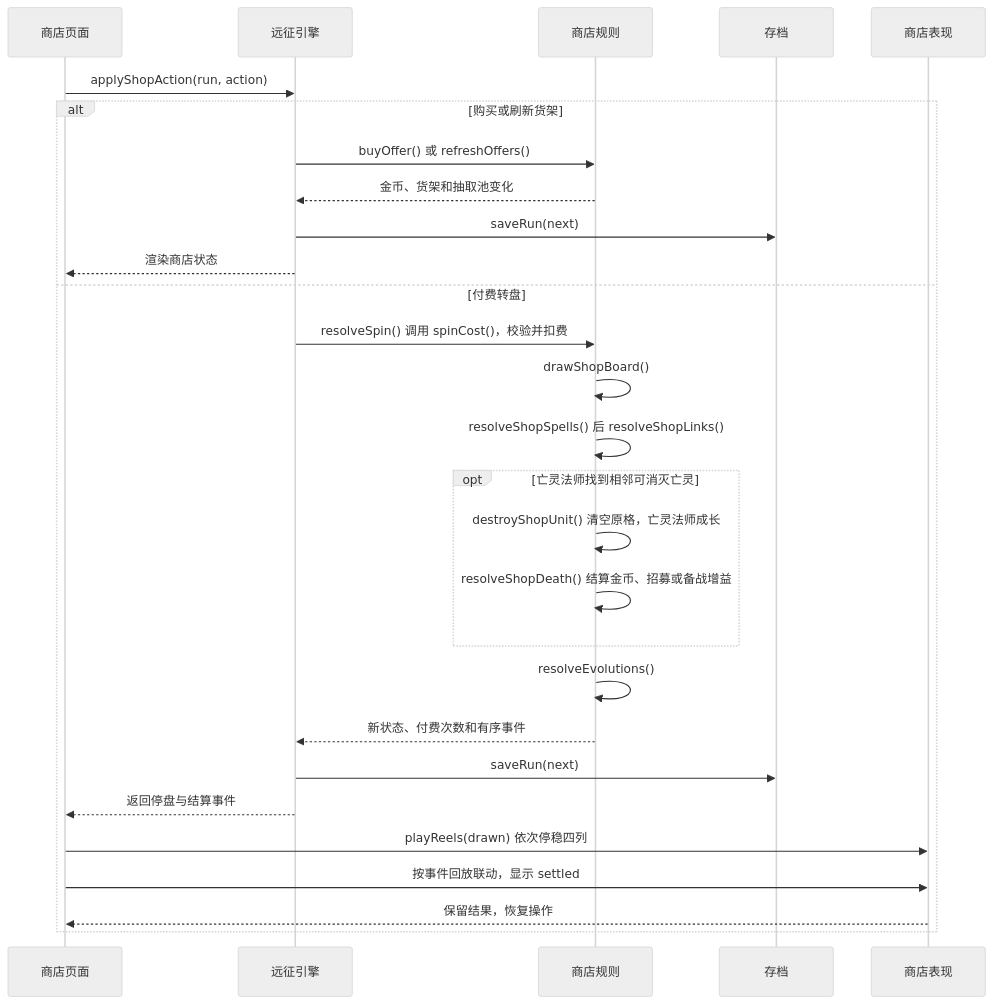
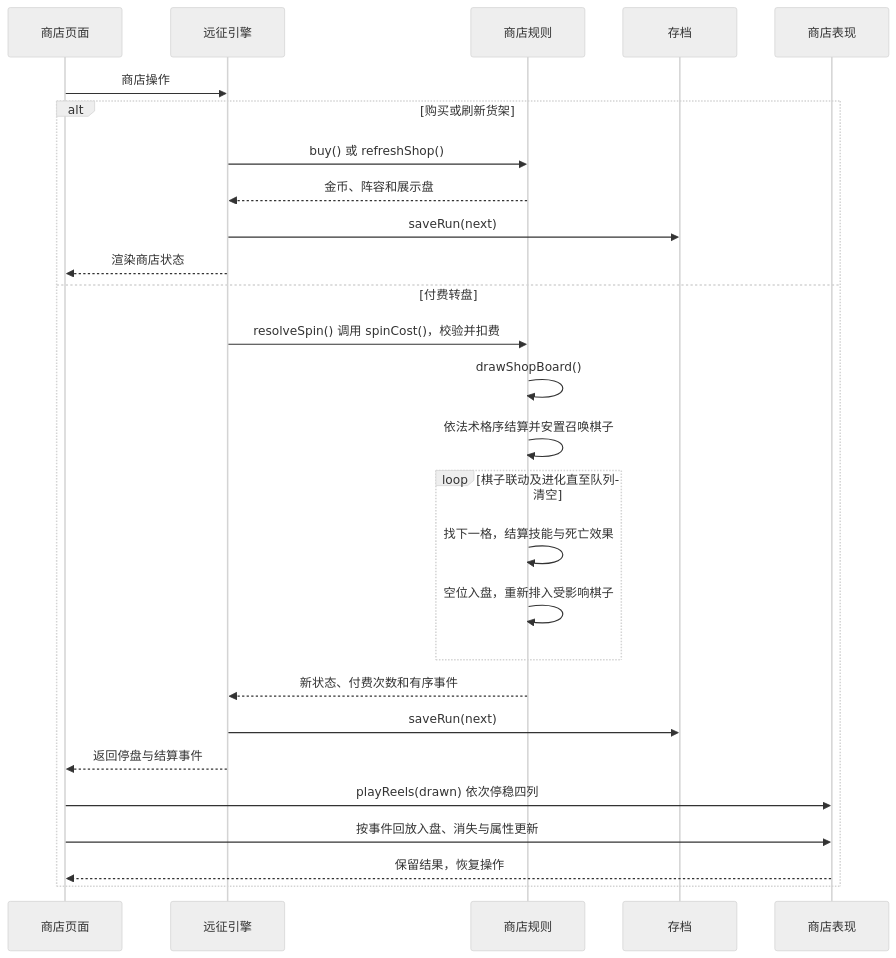
The first of 2 diagrams in docs/ROLLBOUND-商店轮盘改造方案.md (saiqi1999/ROLLBOUND), drawn with Mermaid (neutral theme) before and after one commit. The commit also changed other lines of this file and 11 other files, not shown here.

Commit message:
Show recruited units and resolve shop wheel chains

````diff
--- a/docs/ROLLBOUND-商店轮盘改造方案.md
+++ b/docs/ROLLBOUND-商店轮盘改造方案.md
@@ -167,30 +171,29 @@
 ```mermaid
 sequenceDiagram
     participant U as 商店页面
     participant E as 远征引擎
     participant R as 商店规则
     participant S as 存档
     participant P as 商店表现
-    U->>E: applyShopAction(run, action)
+    U->>E: 商店操作
     alt 购买或刷新货架
-        E->>R: buyOffer() 或 refreshOffers()
-        R-->>E: 金币、货架和抽取池变化
+        E->>R: buy() 或 refreshShop()
+        R-->>E: 金币、阵容和展示盘
         E->>S: saveRun(next)
         E-->>U: 渲染商店状态
     else 付费转盘
         E->>R: resolveSpin() 调用 spinCost()，校验并扣费
         R->>R: drawShopBoard()
-        R->>R: resolveShopSpells() 后 resolveShopLinks()
-        opt 亡灵法师找到相邻可消灭亡灵
-            R->>R: destroyShopUnit() 清空原格，亡灵法师成长
-            R->>R: resolveShopDeath() 结算金币、招募或备战增益
+        R->>R: 依法术格序结算并安置召唤棋子
+        loop 棋子联动及进化直至队列清空
+            R->>R: 找下一格，结算技能与死亡效果
+            R->>R: 空位入盘，重新排入受影响棋子
         end
-        R->>R: resolveEvolutions()
         R-->>E: 新状态、付费次数和有序事件
         E->>S: saveRun(next)
         E-->>U: 返回停盘与结算事件
         U->>P: playReels(drawn) 依次停稳四列
-        U->>P: 按事件回放联动，显示 settled
+        U->>P: 按事件回放入盘、消失与属性更新
         P-->>U: 保留结果，恢复操作
     end
 ```
````
